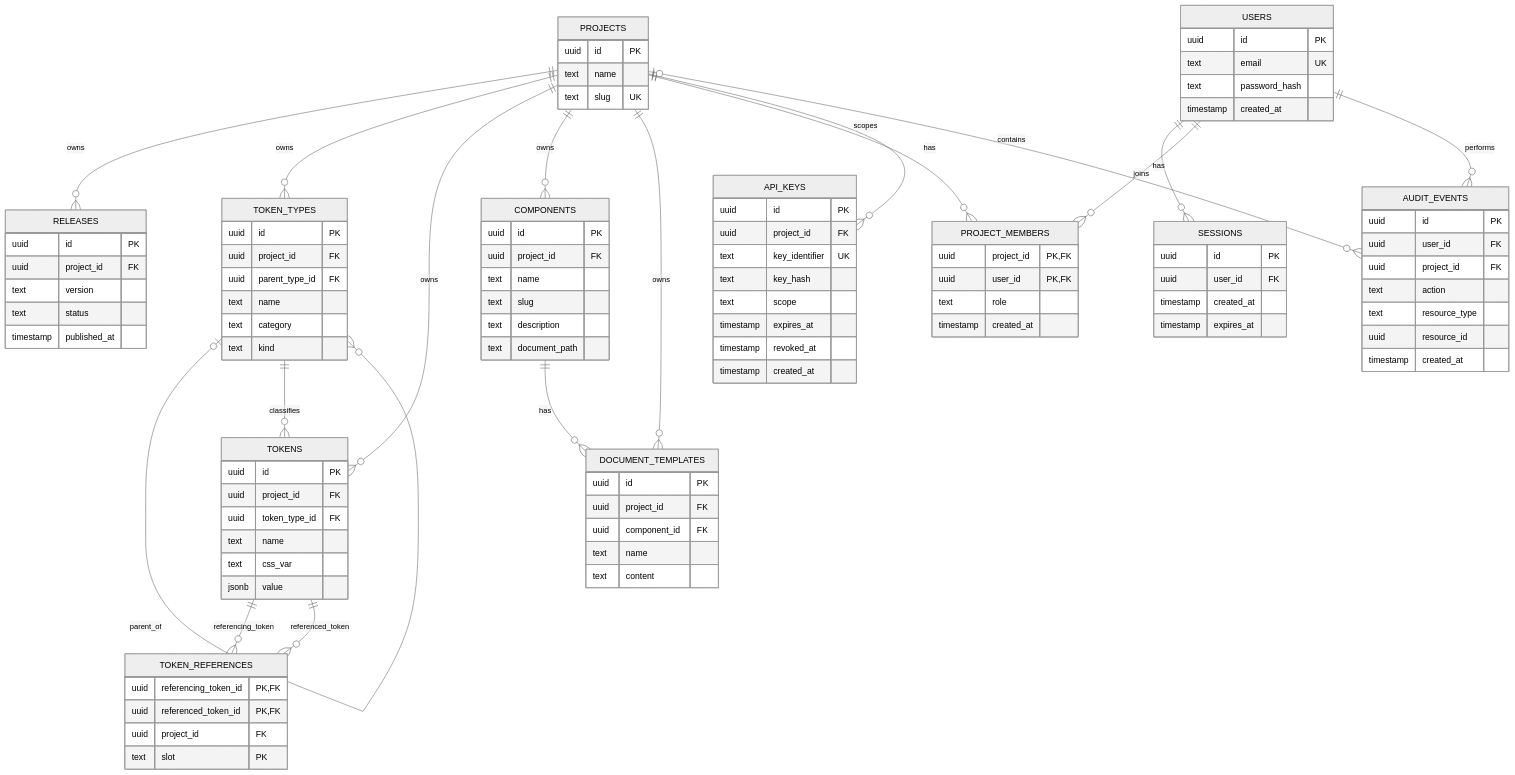
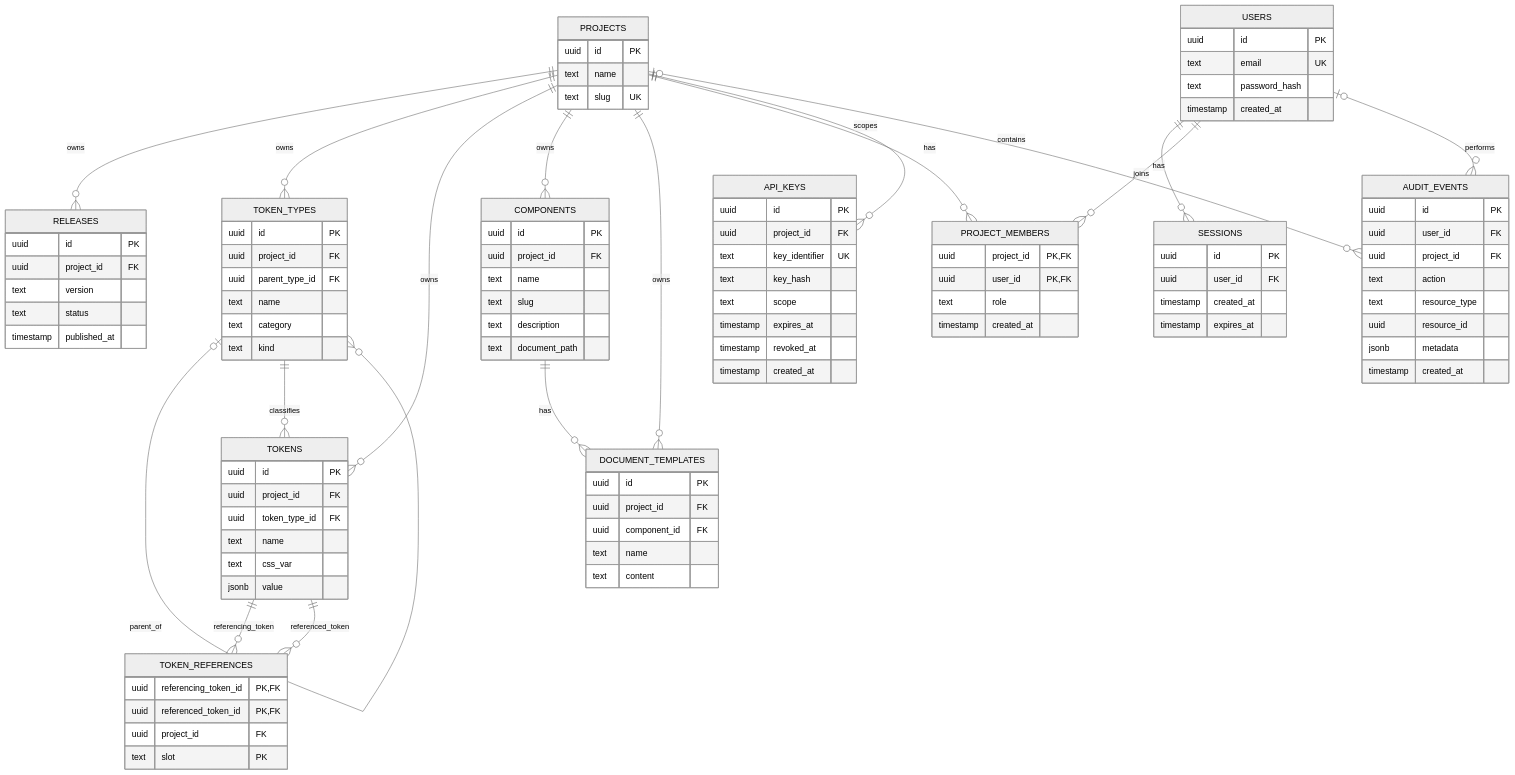
Before and after one commit to JinKim1011/dso: the diagram in docs/database/er-model.md, drawn with Mermaid (neutral theme). The commit also changed other lines of this file, not shown here.

Commit message:
docs(er-model): update ER model to reflect audit event relationships and metadata handling

```diff
--- a/docs/database/er-model.md
+++ b/docs/database/er-model.md
@@ -22,7 +22,7 @@
     COMPONENTS ||--o{ DOCUMENT_TEMPLATES : has
     USERS ||--o{ SESSIONS : has
     USERS ||--o{ PROJECT_MEMBERS : joins
-    USERS ||--o{ AUDIT_EVENTS : performs
+    USERS o|--o{ AUDIT_EVENTS : performs
 
     PROJECTS {
         uuid id PK
@@ -77,6 +77,7 @@
         text action
         text resource_type
         uuid resource_id
+        jsonb metadata
         timestamp created_at
     }
 
```
